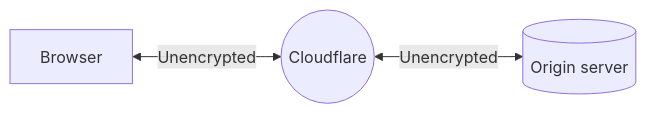
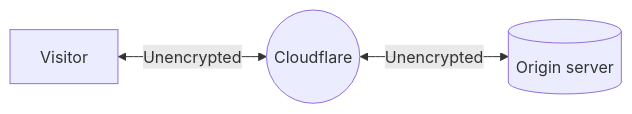
One commit to olorehq/olore changed the diagram in vault/packages/cloudflare/latest/contents/ssl/origin-configuration/ssl-modes/off.mdx. Above: the diagram before and after it, drawn with Mermaid. The commit also changed other lines of this file and 26351 other files, not shown here.

````diff
--- a/vault/packages/cloudflare/latest/contents/ssl/origin-configuration/ssl-modes/off.mdx
+++ b/vault/packages/cloudflare/latest/contents/ssl/origin-configuration/ssl-modes/off.mdx
@@ -18,6 +18,6 @@
 ```mermaid
     flowchart LR
         accTitle: No SSL/TLS Encryption
         accDescr: With an encryption mode of Off, your application does not encrypt traffic between the visitor and Cloudflare or between Cloudflare and your server.
-        A[Browser] <--Unencrypted--> B((Cloudflare))<--Unencrypted--> C[(Origin server)]
+        A[Visitor] <--Unencrypted--> B((Cloudflare))<--Unencrypted--> C[(Origin server)]
 ```
````
